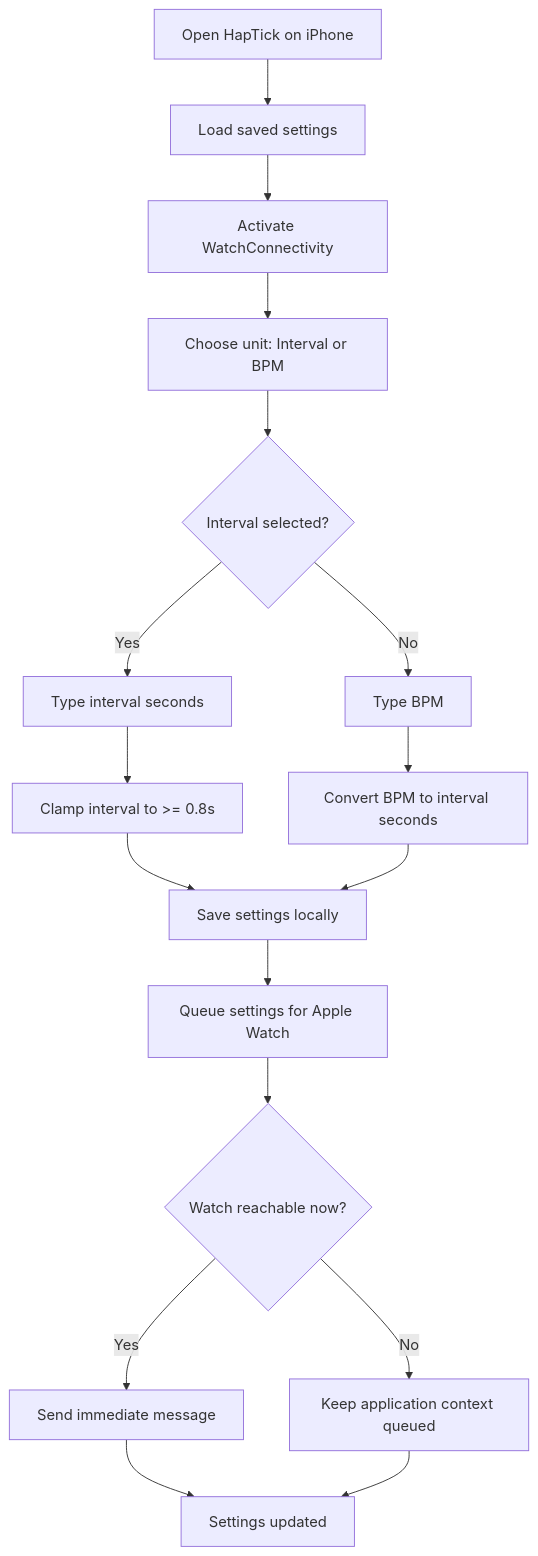
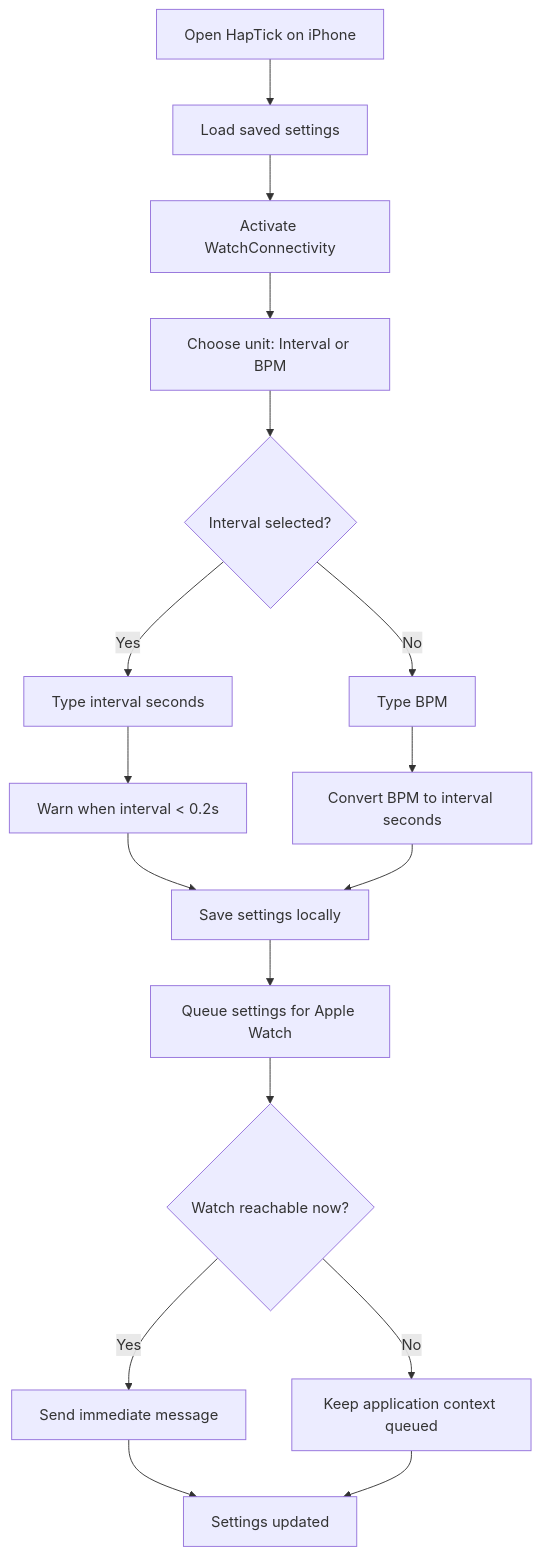
Before and after one commit to iebb/haptick: the first of 3 diagrams in Docs/AppFlows.md, drawn with Mermaid. The commit also changed other lines of this file and 22 other files, not shown here.

````diff
--- a/Docs/AppFlows.md
+++ b/Docs/AppFlows.md
@@ -7,19 +7,19 @@
 ```mermaid
 flowchart TD
     Open["Open HapTick on iPhone"] --> Load["Load saved settings"]
     Load --> Link["Activate WatchConnectivity"]
     Link --> Unit["Choose unit: Interval or BPM"]
     Unit --> Interval{"Interval selected?"}
     Interval -->|Yes| EditInterval["Type interval seconds"]
     Interval -->|No| EditBPM["Type BPM"]
-    EditInterval --> ValidateInterval["Clamp interval to >= 0.8s"]
+    EditInterval --> ValidateInterval["Warn when interval < 0.2s"]
     EditBPM --> ConvertBPM["Convert BPM to interval seconds"]
     ValidateInterval --> Save["Save settings locally"]
     ConvertBPM --> Save
     Save --> Queue["Queue settings for Apple Watch"]
     Queue --> Reachable{"Watch reachable now?"}
     Reachable -->|Yes| Send["Send immediate message"]
     Reachable -->|No| Context["Keep application context queued"]
     Send --> Done["Settings updated"]
     Context --> Done
 ```
````
